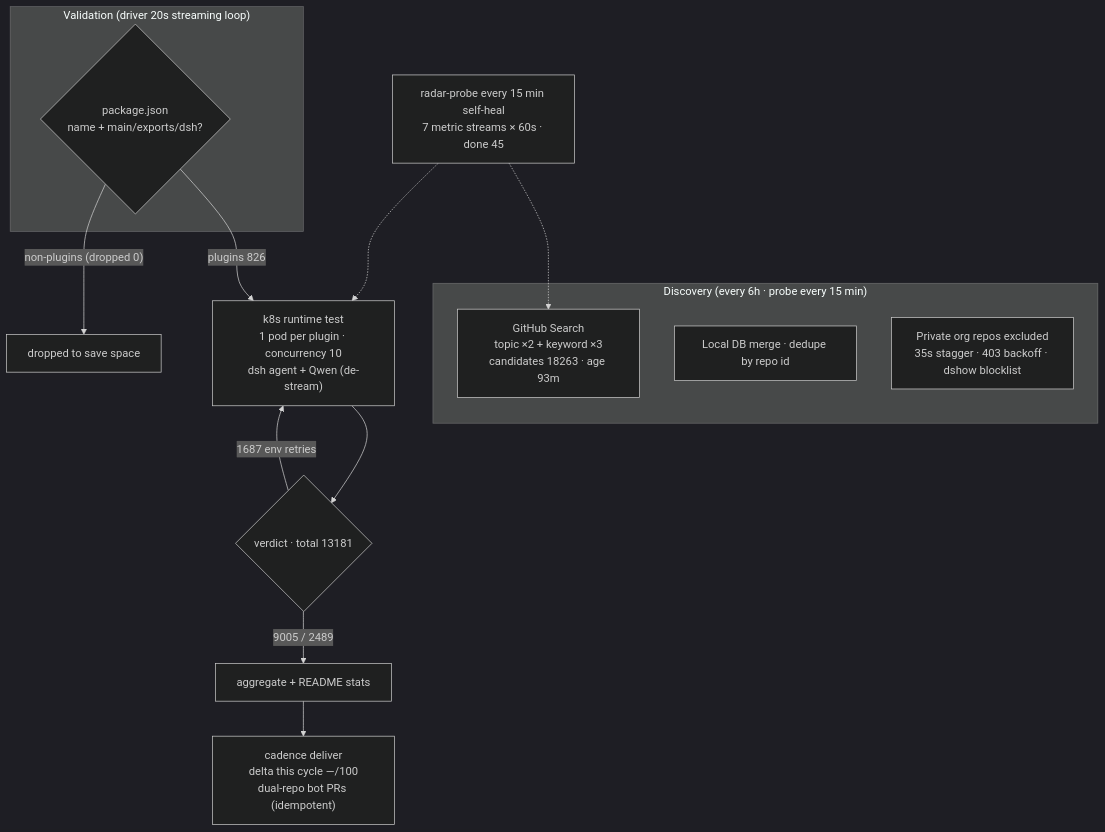
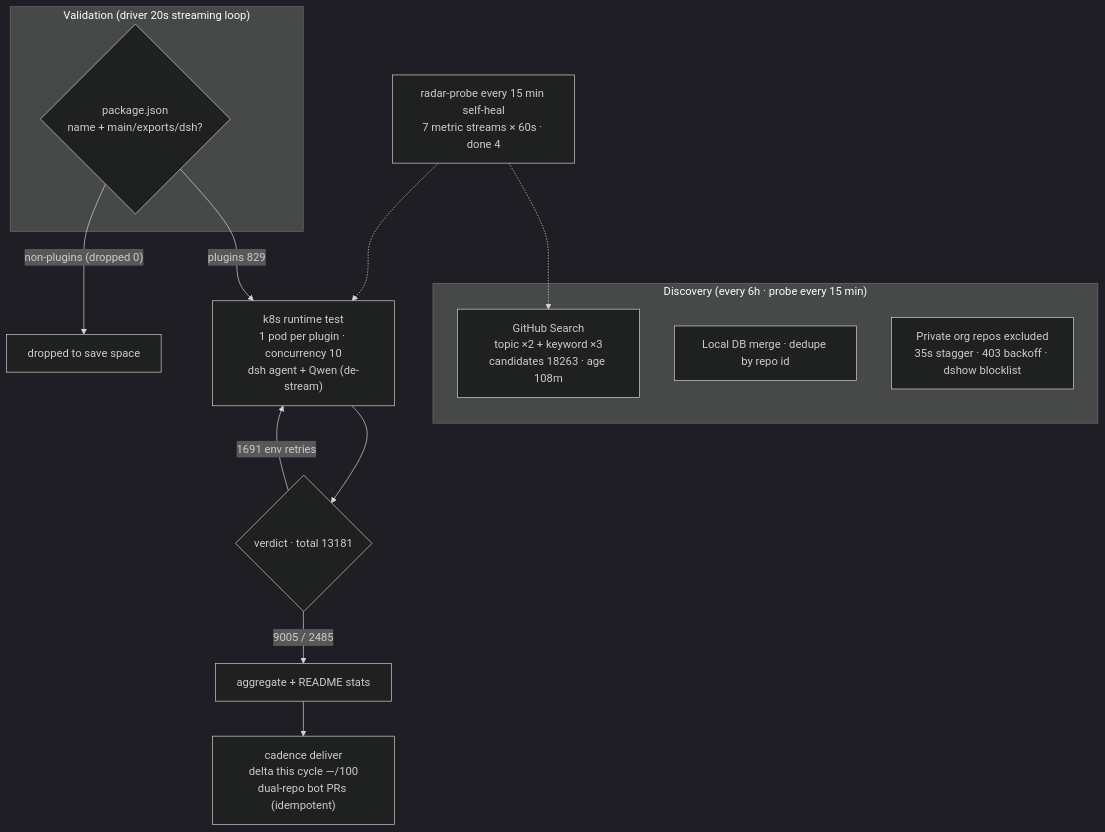
Before and after one commit to AdamPlatin123/awesome-dsh-plugins: the diagram in README.en-US.md, drawn with Mermaid (dark theme). The commit also changed other lines of this file and 5 other files, not shown here.

````diff
--- a/README.en-US.md
+++ b/README.en-US.md
@@ -45,20 +45,20 @@
 ```mermaid
 flowchart TB
     subgraph Discovery["Discovery (every 6h · probe every 15 min)"]
-        A1["GitHub Search<br/>topic ×2 + keyword ×3<br/>candidates 18263 · age 93m"]
+        A1["GitHub Search<br/>topic ×2 + keyword ×3<br/>candidates 18263 · age 108m"]
         A2["Local DB merge · dedupe by repo id"]
         A3["Private org repos excluded<br/>35s stagger · 403 backoff · dshow blocklist"]
     end
     subgraph Validation["Validation (driver 20s streaming loop)"]
         B1{"package.json<br/>name + main/exports/dsh?"}
     end
-    B1 -->|"plugins 826"| C1["k8s runtime test<br/>1 pod per plugin · concurrency 10<br/>dsh agent + Qwen (de-stream)"]
+    B1 -->|"plugins 829"| C1["k8s runtime test<br/>1 pod per plugin · concurrency 10<br/>dsh agent + Qwen (de-stream)"]
     B1 -->|"non-plugins (dropped 0)"| B3["dropped to save space"]
     C1 --> D1{"verdict · total 13181"}
-    D1 -->|"9005 / 2489"| E1["aggregate + README stats"]
-    D1 -->|"1687 env retries"| C1
+    D1 -->|"9005 / 2485"| E1["aggregate + README stats"]
+    D1 -->|"1691 env retries"| C1
     E1 --> E2["cadence deliver<br/>delta this cycle —/100<br/>dual-repo bot PRs (idempotent)"]
-    M["radar-probe every 15 min self-heal<br/>7 metric streams × 60s · done 45"]
+    M["radar-probe every 15 min self-heal<br/>7 metric streams × 60s · done 4"]
     M -.-> A1
     M -.-> C1
 ```
````
